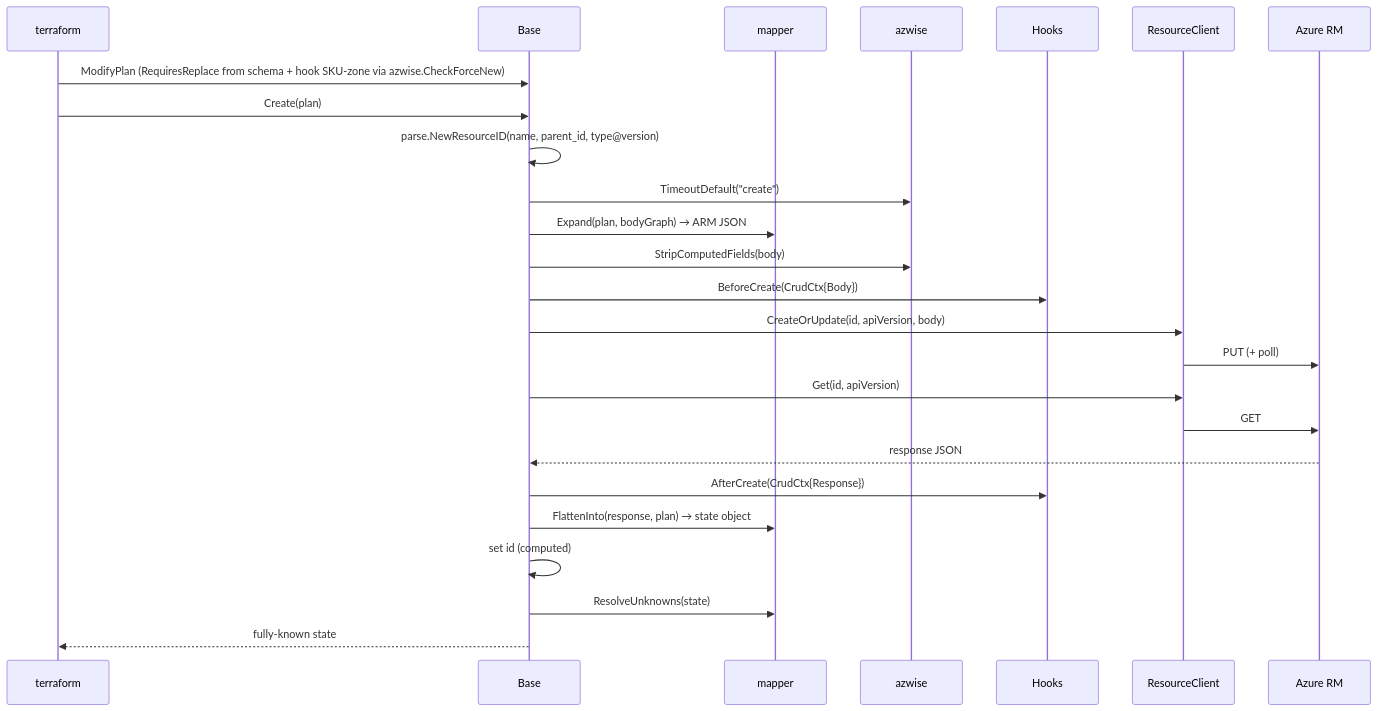
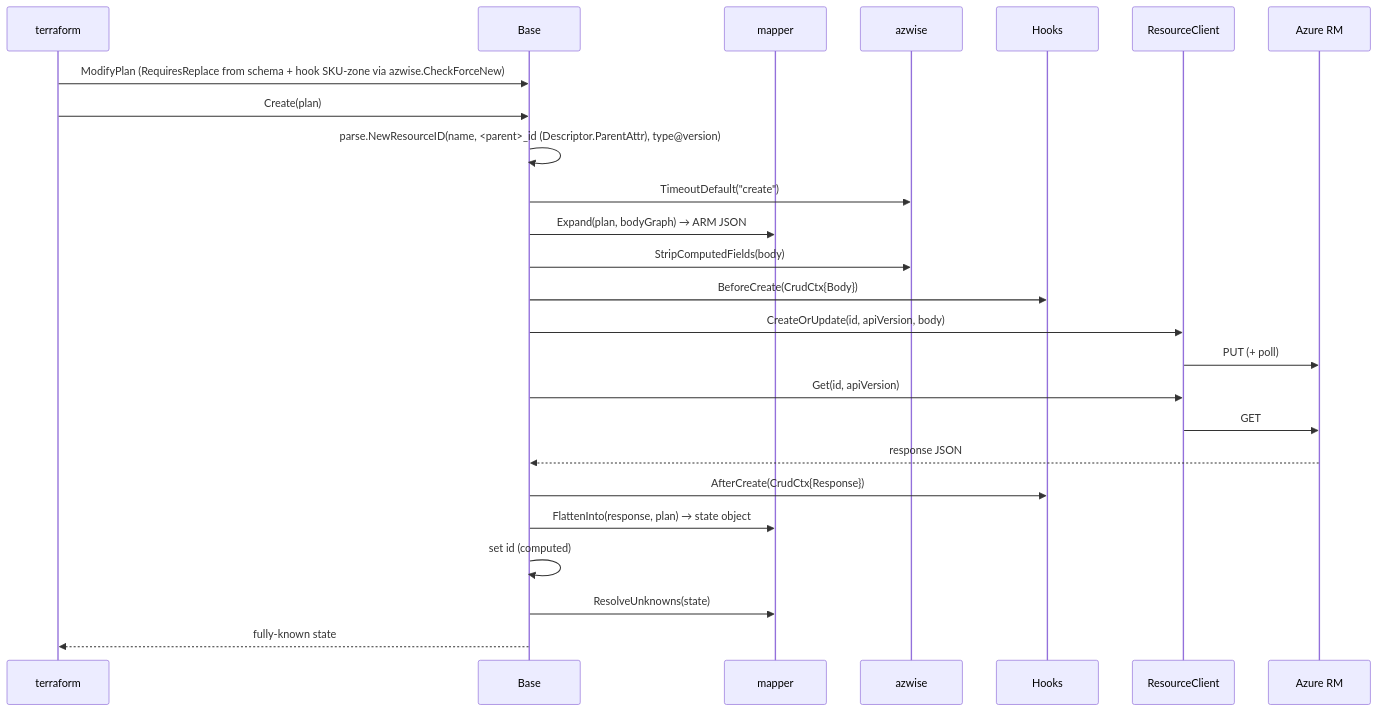
One commit to wuxu92/terraform-provider-azapi changed the second of 3 diagrams in tools/azwise/azapin-dev-spec.md. Above: the diagram before and after it, drawn with Mermaid. The commit also changed other lines of this file, not shown here.

````diff
--- a/tools/azwise/azapin-dev-spec.md
+++ b/tools/azwise/azapin-dev-spec.md
@@ -377,28 +394,28 @@
 ```mermaid
 sequenceDiagram
     participant TF as terraform
     participant B as Base
     participant M as mapper
     participant AW as azwise
     participant H as Hooks
     participant C as ResourceClient
     participant ARM as Azure RM
 
     TF->>B: ModifyPlan (RequiresReplace from schema + hook SKU-zone via azwise.CheckForceNew)
     TF->>B: Create(plan)
-    B->>B: parse.NewResourceID(name, parent_id, type@version)
+    B->>B: parse.NewResourceID(name, <parent>_id (Descriptor.ParentAttr), type@version)
     B->>AW: TimeoutDefault("create")
     B->>M: Expand(plan, bodyGraph) → ARM JSON
     B->>AW: StripComputedFields(body)
     B->>H: BeforeCreate(CrudCtx{Body})
     B->>C: CreateOrUpdate(id, apiVersion, body)
     C->>ARM: PUT (+ poll)
     B->>C: Get(id, apiVersion)
     C->>ARM: GET
     ARM-->>B: response JSON
     B->>H: AfterCreate(CrudCtx{Response})
     B->>M: FlattenInto(response, plan) → state object
     B->>B: set id (computed)
     B->>M: ResolveUnknowns(state)
     B-->>TF: fully-known state
 ```
````
